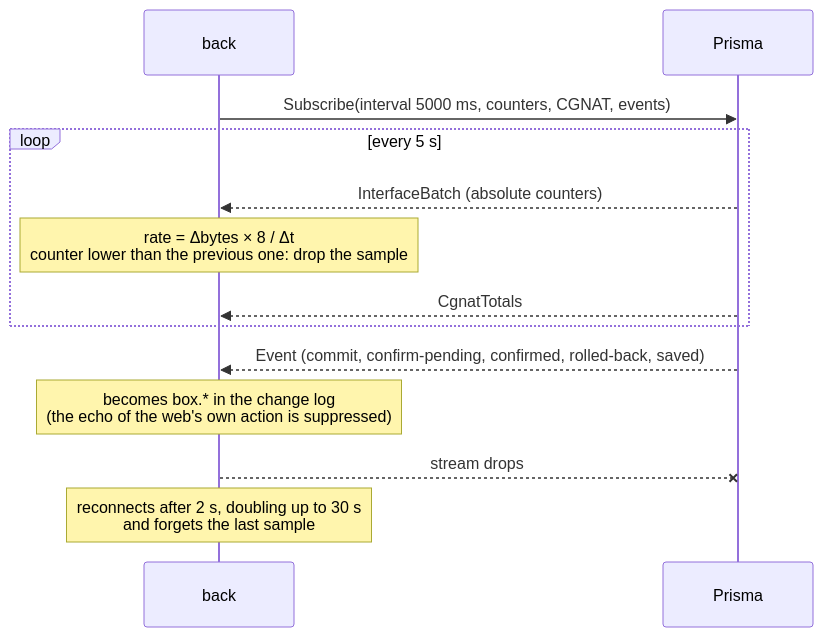
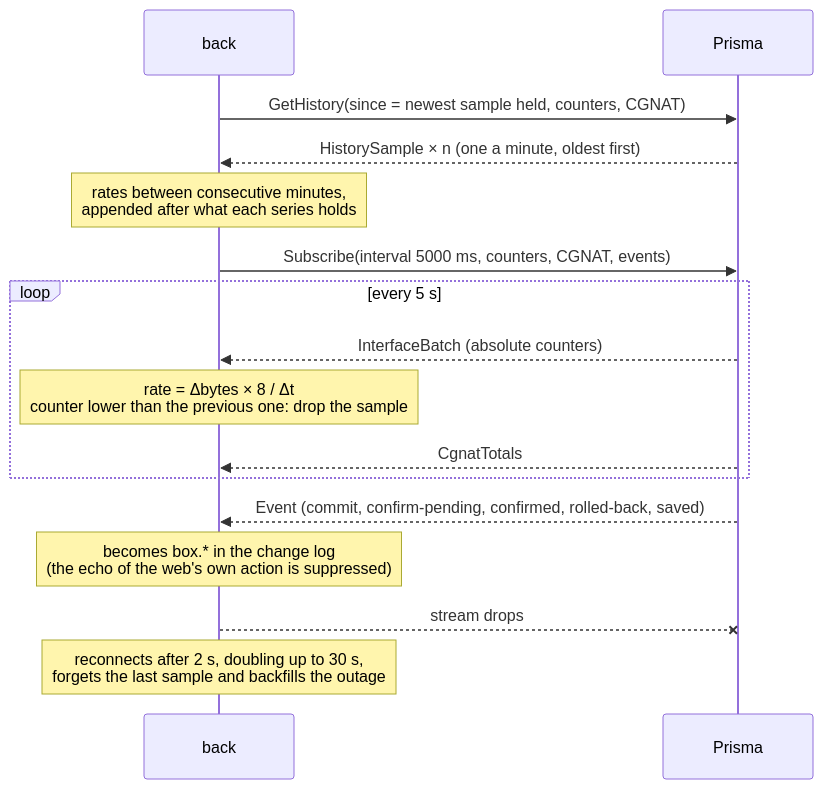
The first of 2 diagrams in docs/architecture.md (andrediashexa/prisma-web), drawn with Mermaid before and after one commit. The commit also changed other lines of this file and 6 other files, not shown here.

First line of the commit message:
Backfill the charts from the box's history (#26)

````diff
--- a/docs/architecture.md
+++ b/docs/architecture.md
@@ -78,15 +78,18 @@
 ```mermaid
 sequenceDiagram
     participant B as back
     participant P as Prisma
+    B->>P: GetHistory(since = newest sample held, counters, CGNAT)
+    P-->>B: HistorySample × n (one a minute, oldest first)
+    Note over B: rates between consecutive minutes,<br/>appended after what each series holds
     B->>P: Subscribe(interval 5000 ms, counters, CGNAT, events)
     loop every 5 s
         P-->>B: InterfaceBatch (absolute counters)
         Note over B: rate = Δbytes × 8 / Δt<br/>counter lower than the previous one: drop the sample
         P-->>B: CgnatTotals
     end
     P-->>B: Event (commit, confirm-pending, confirmed, rolled-back, saved)
     Note over B: becomes box.* in the change log<br/>(the echo of the web's own action is suppressed)
     B--xP: stream drops
-    Note over B: reconnects after 2 s, doubling up to 30 s<br/>and forgets the last sample
+    Note over B: reconnects after 2 s, doubling up to 30 s,<br/>forgets the last sample and backfills the outage
 ```
````
